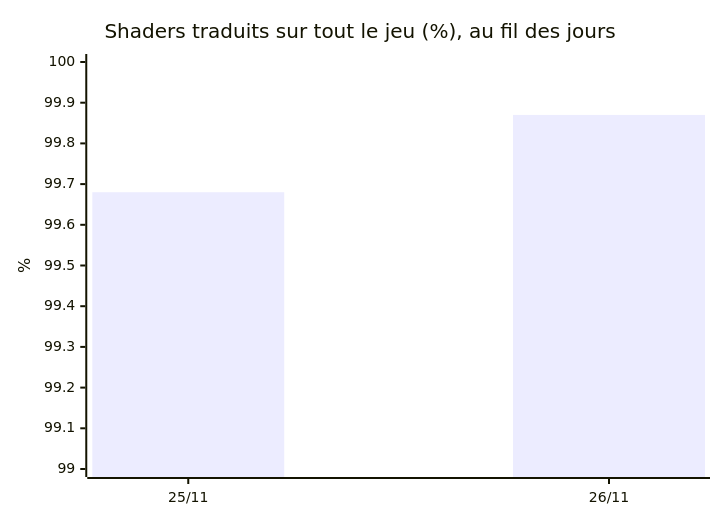
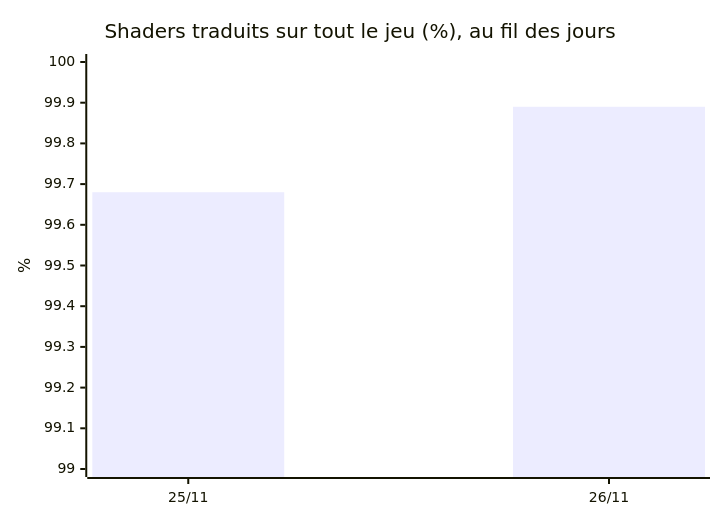
Before and after one commit to Cyanexani/cold-project-vi: diagram 11 of 12 in README.md, drawn with Mermaid. The commit also changed other lines of this file and 1 other file, not shown here.

````diff
--- a/README.md
+++ b/README.md
@@ -271,7 +271,7 @@
 ```mermaid
 xychart-beta
     title "Shaders traduits sur tout le jeu (%), au fil des jours"
     x-axis ["25/11", "26/11"]
     y-axis "%" 99 --> 100
-    bar [99.68, 99.87]
+    bar [99.68, 99.89]
 ```
````
